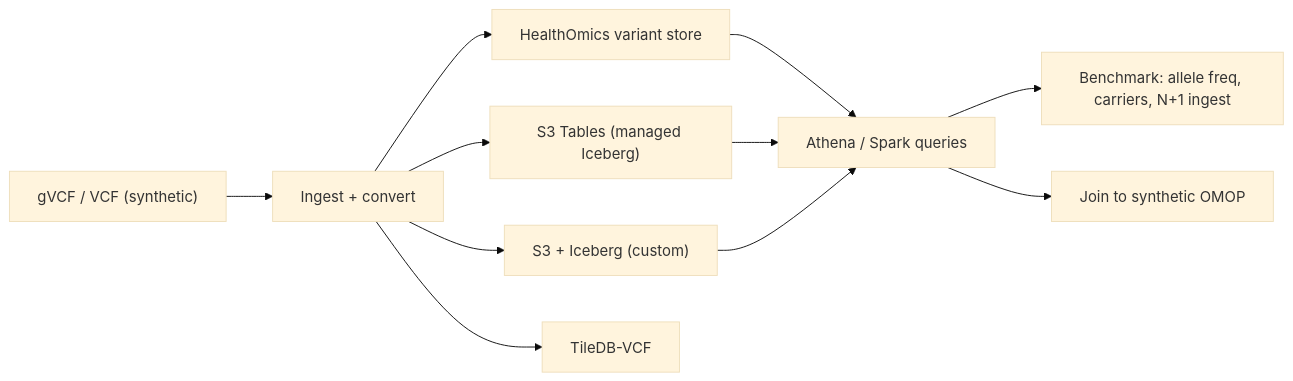
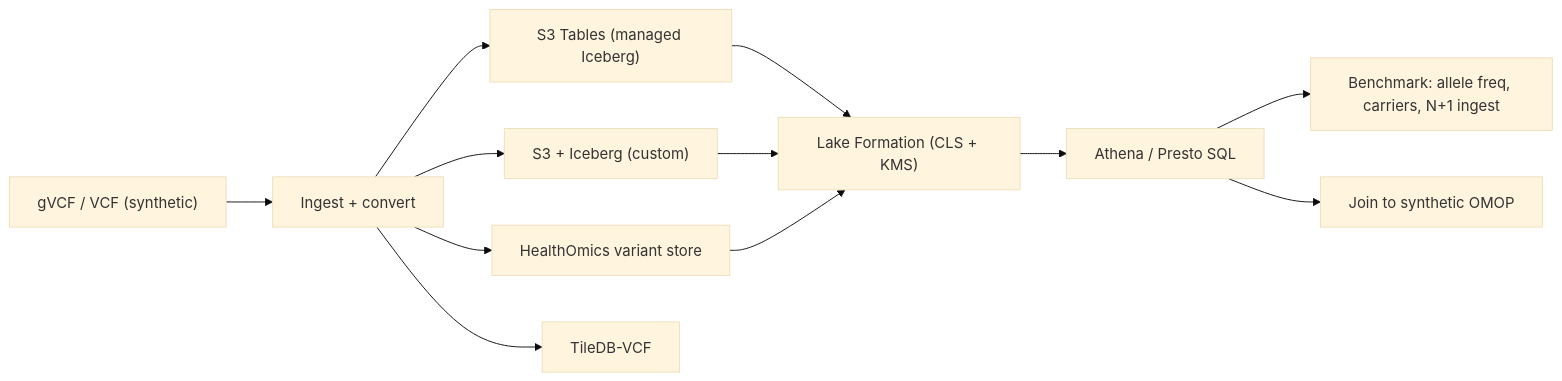
Before and after one commit to anothernoise/hls-variant-store-aws: the diagram in README.md, drawn with Mermaid (base theme). The commit also changed other lines of this file and 43 other files, not shown here.

First line of the commit message:
Implement S3 Tables and Custom Iceberg variant store with lab exercises and ADRs

````diff
--- a/README.md
+++ b/README.md
@@ -12,11 +12,12 @@
 ```mermaid
 flowchart LR
   VCF["gVCF / VCF (synthetic)"] --> Ingest["Ingest + convert"]
-  Ingest --> HO["HealthOmics variant store"]
   Ingest --> S3T["S3 Tables (managed Iceberg)"]
   Ingest --> Ice["S3 + Iceberg (custom)"]
+  Ingest --> HO["HealthOmics variant store"]
   Ingest --> TDB["TileDB-VCF"]
-  HO & S3T & Ice --> Athena["Athena / Spark queries"]
+  S3T & Ice & HO --> LF["Lake Formation (CLS + KMS)"]
+  LF --> Athena["Athena / Presto SQL"]
   Athena --> Bench["Benchmark: allele freq, carriers, N+1 ingest"]
   Athena --> Join["Join to synthetic OMOP"]
 ```
````
